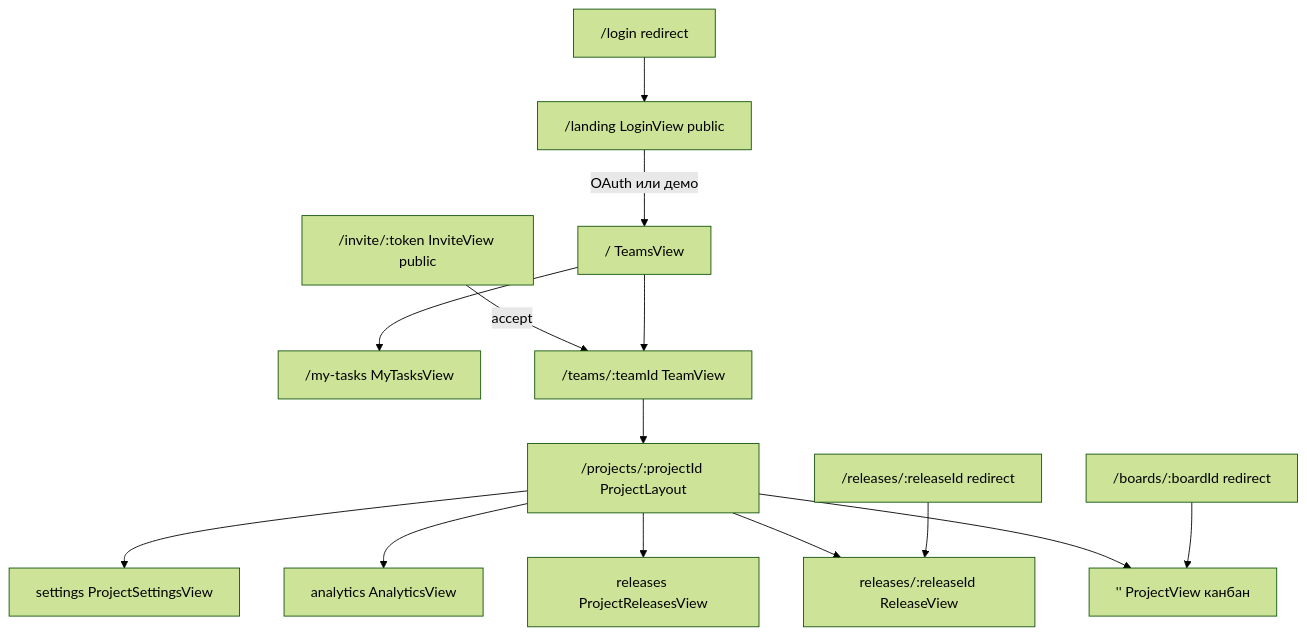
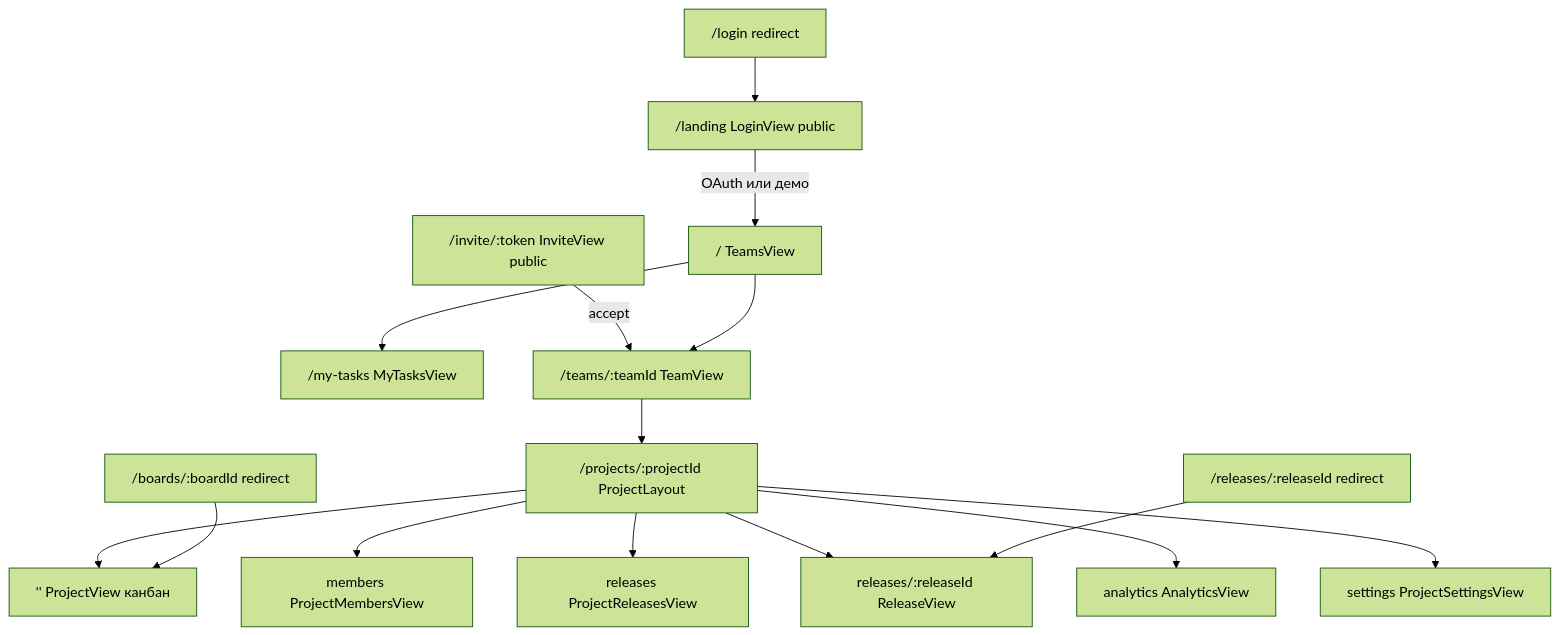
One commit to shamilfrontend/taskmaster changed the diagram in docs/frontend.md. Above: the diagram before and after it, drawn with Mermaid (forest theme). The commit also changed other lines of this file and 6 other files, not shown here.

Commit message:
feat: move project members from settings to a dedicated tab

````diff
--- a/docs/frontend.md
+++ b/docs/frontend.md
@@ -9,31 +9,33 @@
 ```mermaid
 flowchart TB
   Landing["/landing LoginView public"]
   Login["/login redirect"]
   Invite["/invite/:token InviteView public"]
   Teams["/ TeamsView"]
   MyTasks["/my-tasks MyTasksView"]
   Team["/teams/:teamId TeamView"]
   Layout["/projects/:projectId ProjectLayout"]
   Board["'' ProjectView канбан"]
   Releases["releases ProjectReleasesView"]
   Release["releases/:releaseId ReleaseView"]
   Analytics["analytics AnalyticsView"]
+  Members["members ProjectMembersView"]
   Settings["settings ProjectSettingsView"]
   LegacyBoard["/boards/:boardId redirect"]
   LegacyRelease["/releases/:releaseId redirect"]
 
   Login --> Landing
   Landing -->|OAuth или демо| Teams
   Invite -->|accept| Team
   Teams --> Team
   Teams --> MyTasks
   Team --> Layout
   Layout --> Board
+  Layout --> Members
   Layout --> Releases
   Layout --> Release
   Layout --> Analytics
   Layout --> Settings
   LegacyBoard --> Board
   LegacyRelease --> Release
 ```
````
